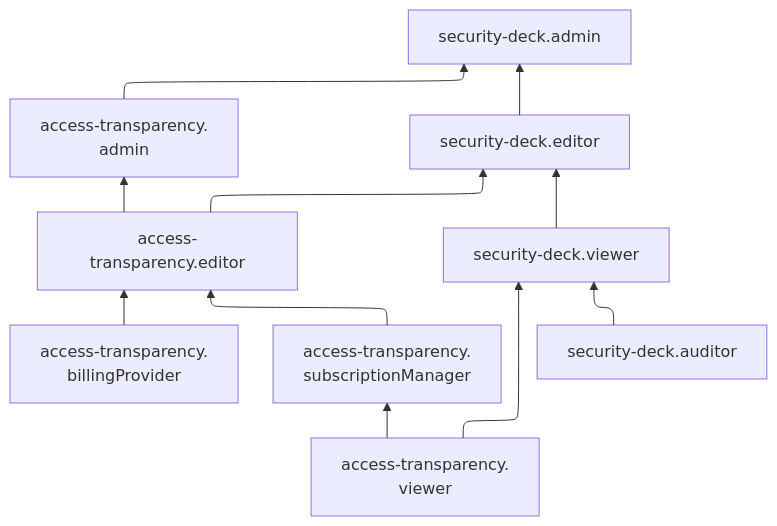
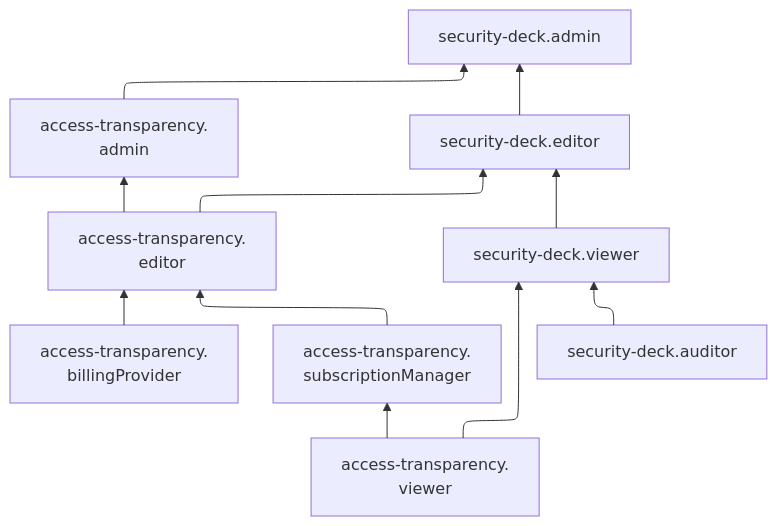
The diagram in md-docs/security-deck/security/access-transparency-roles.md (yandex-cloud/docs), drawn with Mermaid before and after one commit. The commit also changed 369 other files, not shown here.

````diff
--- a/md-docs/security-deck/security/access-transparency-roles.md
+++ b/md-docs/security-deck/security/access-transparency-roles.md
@@ -7,21 +7,21 @@
 ```mermaid
 %%{init: {"flowchart": {'defaultRenderer': 'elk'}} }%%
 flowchart BT
     access-transparency.billingProvider["access-transparency.<br>billingProvider"] --> access-transparency.editor
     
     access-transparency.subscriptionManager["access-transparency.<br>subscriptionManager"] --> access-transparency.editor
     access-transparency.viewer --> access-transparency.subscriptionManager["access-transparency.<br>subscriptionManager"]
 
     access-transparency.viewer["access-transparency.<br>viewer"] --> security-deck.viewer
 
     access-transparency.admin["access-transparency.<br>admin"] --> security-deck.admin
-    access-transparency.editor --> security-deck.editor
+    access-transparency.editor["access-transparency.<br>editor"] --> security-deck.editor
     access-transparency.editor --> access-transparency.admin
 
     security-deck.auditor ~~~ security-deck.admin
 
     security-deck.auditor --> security-deck.viewer
     security-deck.viewer --> security-deck.editor
     security-deck.editor --> security-deck.admin
 
 ```
````
